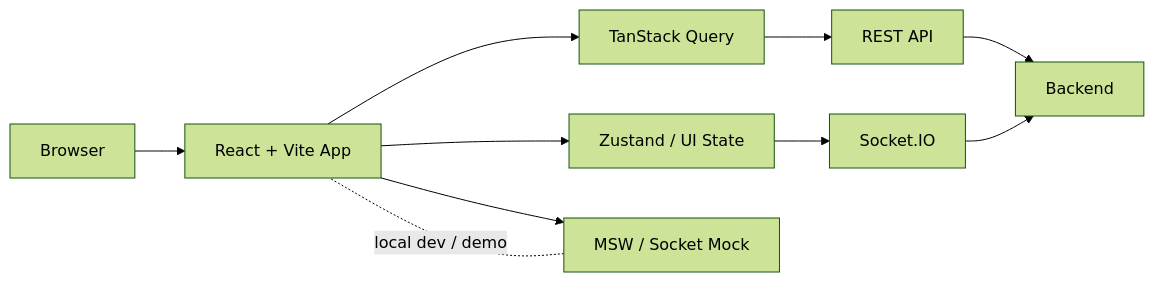
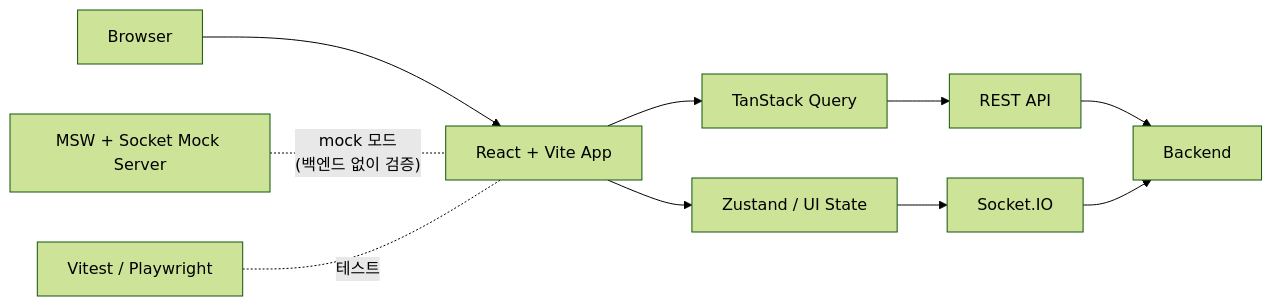
One commit to modoo-marble-team/Blue_Marble-frontend changed the diagram in README.md. Above: the diagram before and after it, drawn with Mermaid (forest theme). The commit also changed other lines of this file, not shown here.

````diff
--- a/README.md
+++ b/README.md
@@ -47,14 +62,15 @@
 ```mermaid
 flowchart LR
     B["Browser"] --> APP["React + Vite App"]
     APP --> QUERY["TanStack Query"]
     APP --> STORE["Zustand / UI State"]
-    APP --> MOCK["MSW / Socket Mock"]
 
     QUERY --> REST["REST API"]
     STORE --> SIO["Socket.IO"]
 
     REST --> BE["Backend"]
     SIO --> BE
-    MOCK -. local dev / demo .- APP
+
+    MOCK["MSW + Socket Mock Server"] -. "mock 모드\n(백엔드 없이 검증)" .- APP
+    TEST["Vitest / Playwright"] -. "테스트" .- APP
 ```
````
